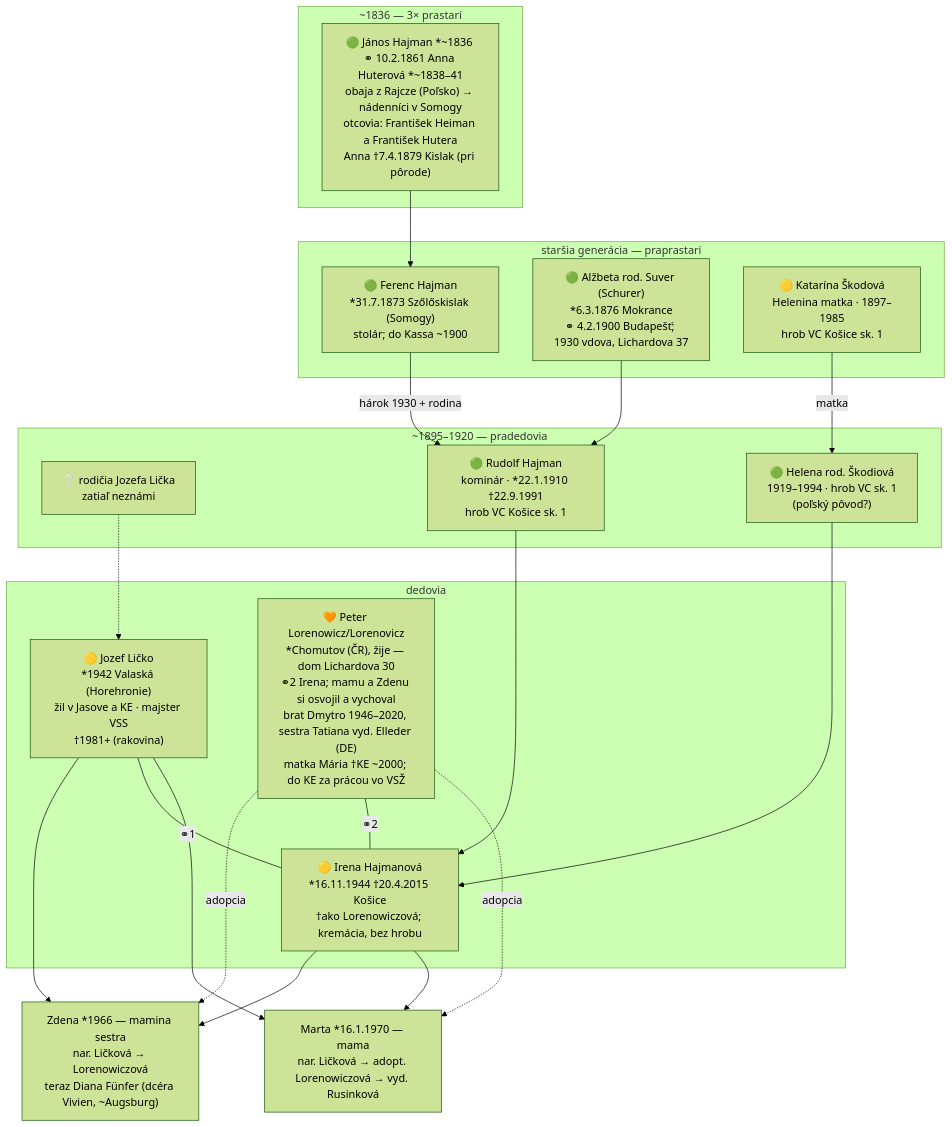
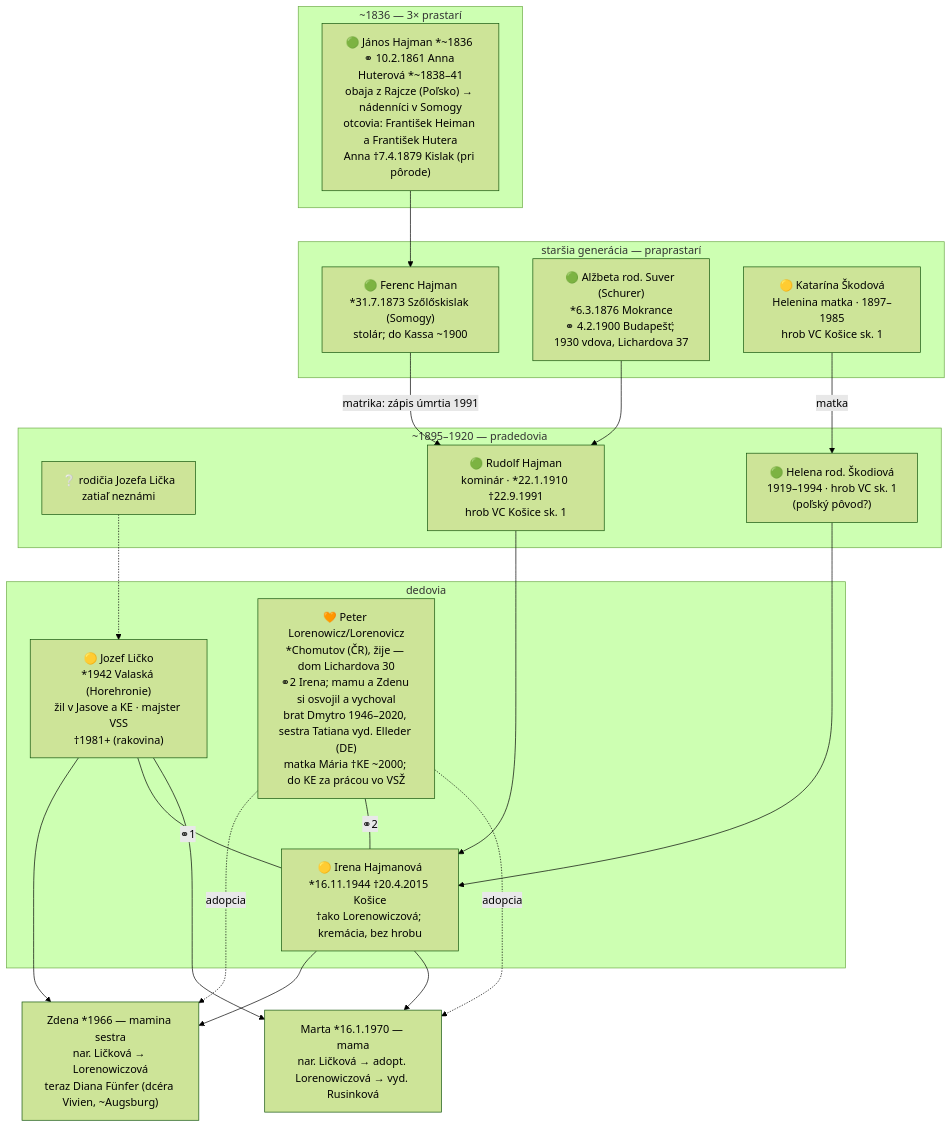
The second of 6 diagrams in docs/rodokmen.md (vrusi/genealogia), drawn with Mermaid (forest theme) before and after one commit. The commit also changed 5 other files, not shown here.

Commit message:
Web: interaktivny rodokmen (family-chart) + wrapper/JS-check zovseobecnene; .gitignore pre site/ a venv/

````diff
--- a/docs/rodokmen.md
+++ b/docs/rodokmen.md
@@ -102,39 +102,39 @@
 ```mermaid
 graph TD
   subgraph mgen5["~1836 — 3× prastarí"]
     JHAH["🟢 János Hajman *~1836 ⚭ 10.2.1861 Anna Huterová *~1838–41<br>obaja z Rajcze (Poľsko) → nádenníci v Somogy<br>otcovia: František Heiman a František Hutera<br>Anna †7.4.1879 Kislak (pri pôrode)"]
   end
   subgraph mgen4["staršia generácia — praprastarí"]
     FH["🟢 Ferenc Hajman<br>*31.7.1873 Szőlőskislak (Somogy)<br>stolár; do Kassa ~1900"]
     ASch["🟢 Alžbeta rod. Suver (Schurer)<br>*6.3.1876 Mokrance<br>⚭ 4.2.1900 Budapešť; 1930 vdova, Lichardova 37"]
     KS["🟡 Katarína Škodová<br>Helenina matka · 1897–1985<br>hrob VC Košice sk. 1"]
   end
   subgraph mgen3["~1895–1920 — pradedovia"]
     LX["❔ rodičia Jozefa Lička<br>zatiaľ neznámi"]
     RH["🟢 Rudolf Hajman<br>kominár · *22.1.1910 †22.9.1991<br>hrob VC Košice sk. 1"]
     HS["🟢 Helena rod. Škodiová<br>1919–1994 · hrob VC sk. 1<br>(poľský pôvod?)"]
   end
   subgraph mgen2["dedovia"]
     JL["🟡 Jozef Ličko<br>*1942 Valaská (Horehronie)<br>žil v Jasove a KE · majster VSS<br>†1981+ (rakovina)"]
     IH["🟡 Irena Hajmanová<br>*16.11.1944 †20.4.2015 Košice<br>†ako Lorenowiczová; kremácia, bez hrobu"]
     PL["🧡 Peter Lorenowicz/Lorenovicz<br>*Chomutov (ČR), žije — dom Lichardova 30<br>⚭2 Irena; mamu a Zdenu si osvojil a vychoval<br>brat Dmytro 1946–2020, sestra Tatiana vyd. Elleder (DE)<br>matka Mária †KE ~2000; do KE za prácou vo VSŽ"]
   end
   ML["Marta *16.1.1970 — mama<br>nar. Ličková → adopt. Lorenowiczová → vyd. Rusinková"]
   ZD["Zdena *1966 — mamina sestra<br>nar. Ličková → Lorenowiczová<br>teraz Diana Fünfer (dcéra Vivien, ~Augsburg)"]
 
   JHAH --> FH
-  FH -->|hárok 1930 + rodina| RH
+  FH -->|matrika: zápis úmrtia 1991| RH
   ASch --> RH
   KS -->|matka| HS
   JL --> ZD
   IH --> ZD
   PL -.->|adopcia| ZD
   LX -.-> JL
   RH --> IH
   HS --> IH
   JL ---|⚭1| IH
   PL ---|⚭2| IH
   JL --> ML
   IH --> ML
   PL -.->|adopcia| ML
 ```
````
